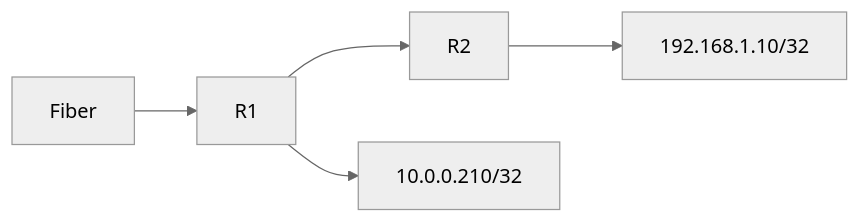
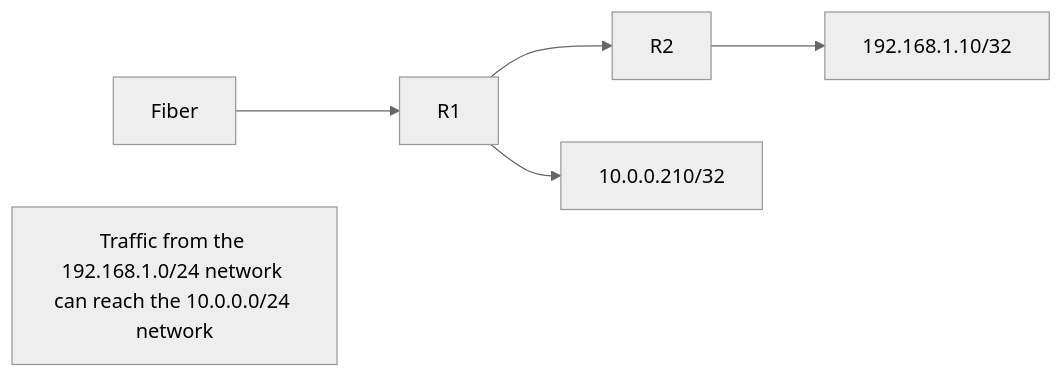
The first of 2 diagrams in Topology.md (notkasim/DOCS), drawn with Mermaid (neutral theme) before and after one commit.

````diff
--- a/Topology.md
+++ b/Topology.md
@@ -4,7 +4,8 @@
 ```mermaid
 graph LR;
     Fiber-->R1;
     R1-->R2;
     R1-->10.0.0.210/32;
     R2-->192.168.1.10/32;
+    id1[Traffic from the 192.168.1.0/24 network can reach the 10.0.0.0/24 network]
 ```
````
